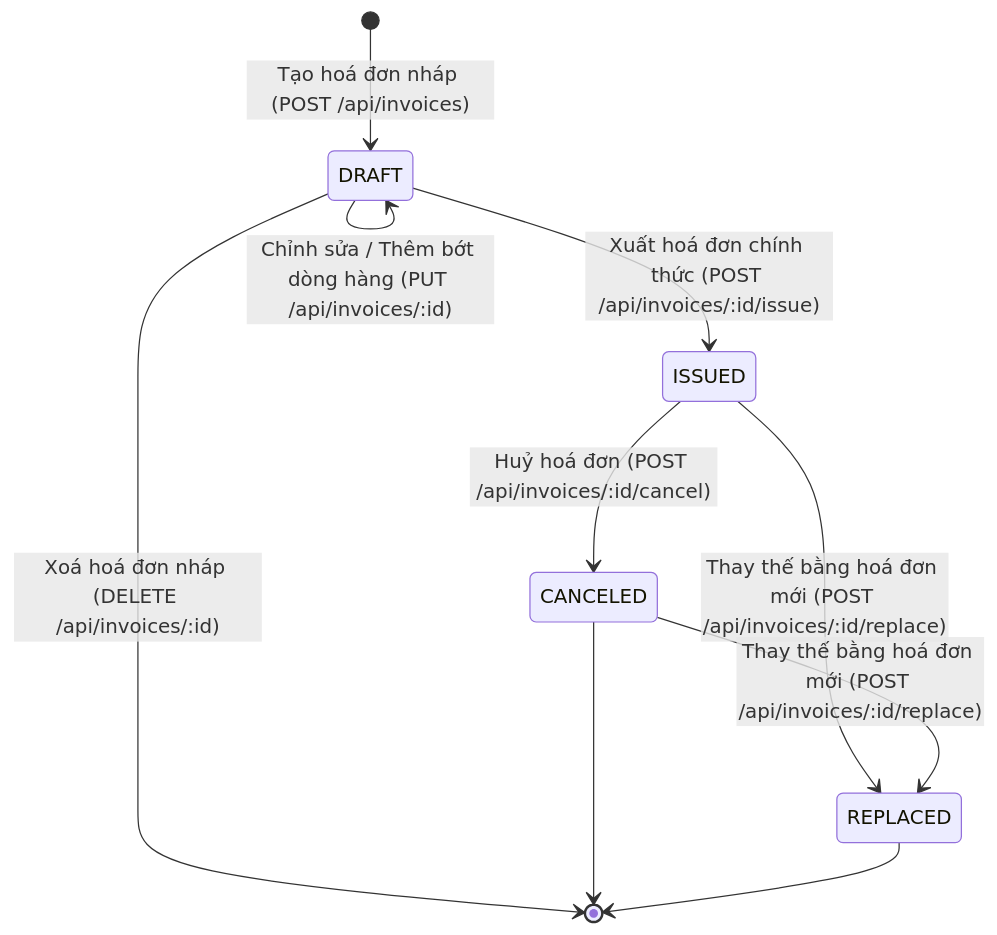
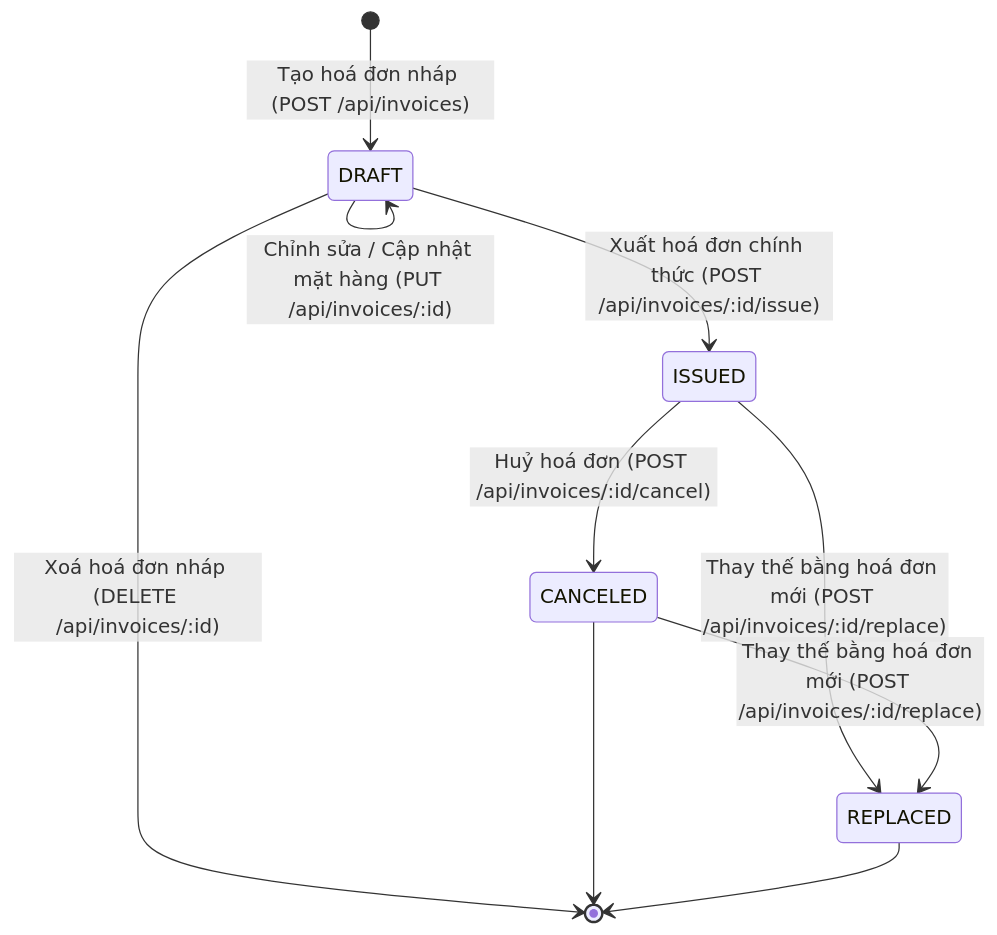
Before and after one commit to vuminhkhang2005/invoice-management-api: the diagram in README.md, drawn with Mermaid. The commit also changed other lines of this file and 1 other file, not shown here.

````diff
--- a/README.md
+++ b/README.md
@@ -109,14 +118,14 @@
 ```mermaid
 stateDiagram-v2
     [*] --> DRAFT: Tạo hoá đơn nháp (POST /api/invoices)
-    DRAFT --> DRAFT: Chỉnh sửa / Thêm bớt dòng hàng (PUT /api/invoices/:id)
+    DRAFT --> DRAFT: Chỉnh sửa / Cập nhật mặt hàng (PUT /api/invoices/:id)
     DRAFT --> [*]: Xoá hoá đơn nháp (DELETE /api/invoices/:id)
     DRAFT --> ISSUED: Xuất hoá đơn chính thức (POST /api/invoices/:id/issue)
     
     ISSUED --> CANCELED: Huỷ hoá đơn (POST /api/invoices/:id/cancel)
     ISSUED --> REPLACED: Thay thế bằng hoá đơn mới (POST /api/invoices/:id/replace)
     CANCELED --> REPLACED: Thay thế bằng hoá đơn mới (POST /api/invoices/:id/replace)
     
     CANCELED --> [*]
     REPLACED --> [*]
 ```
````
